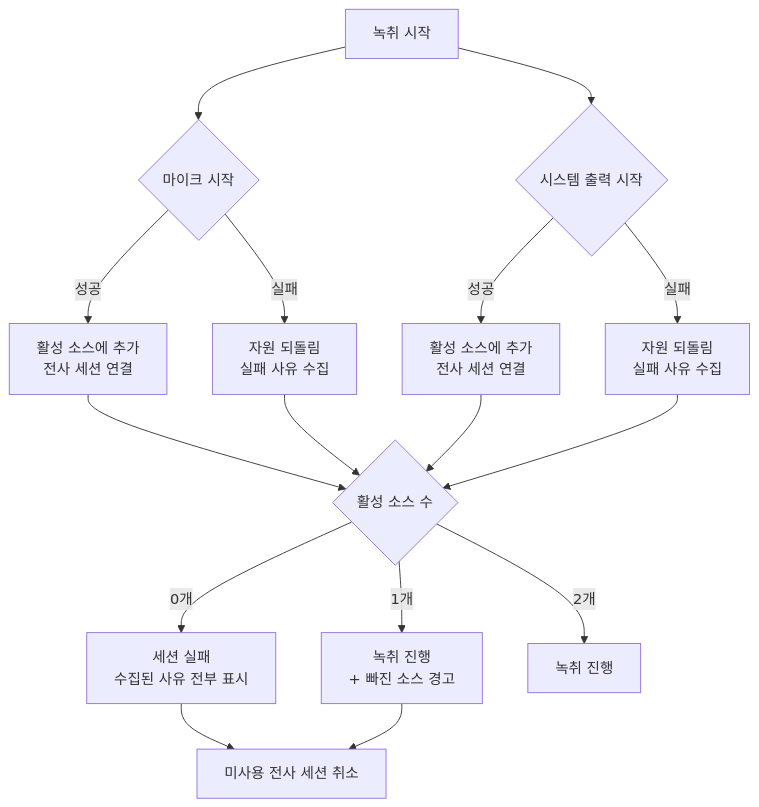
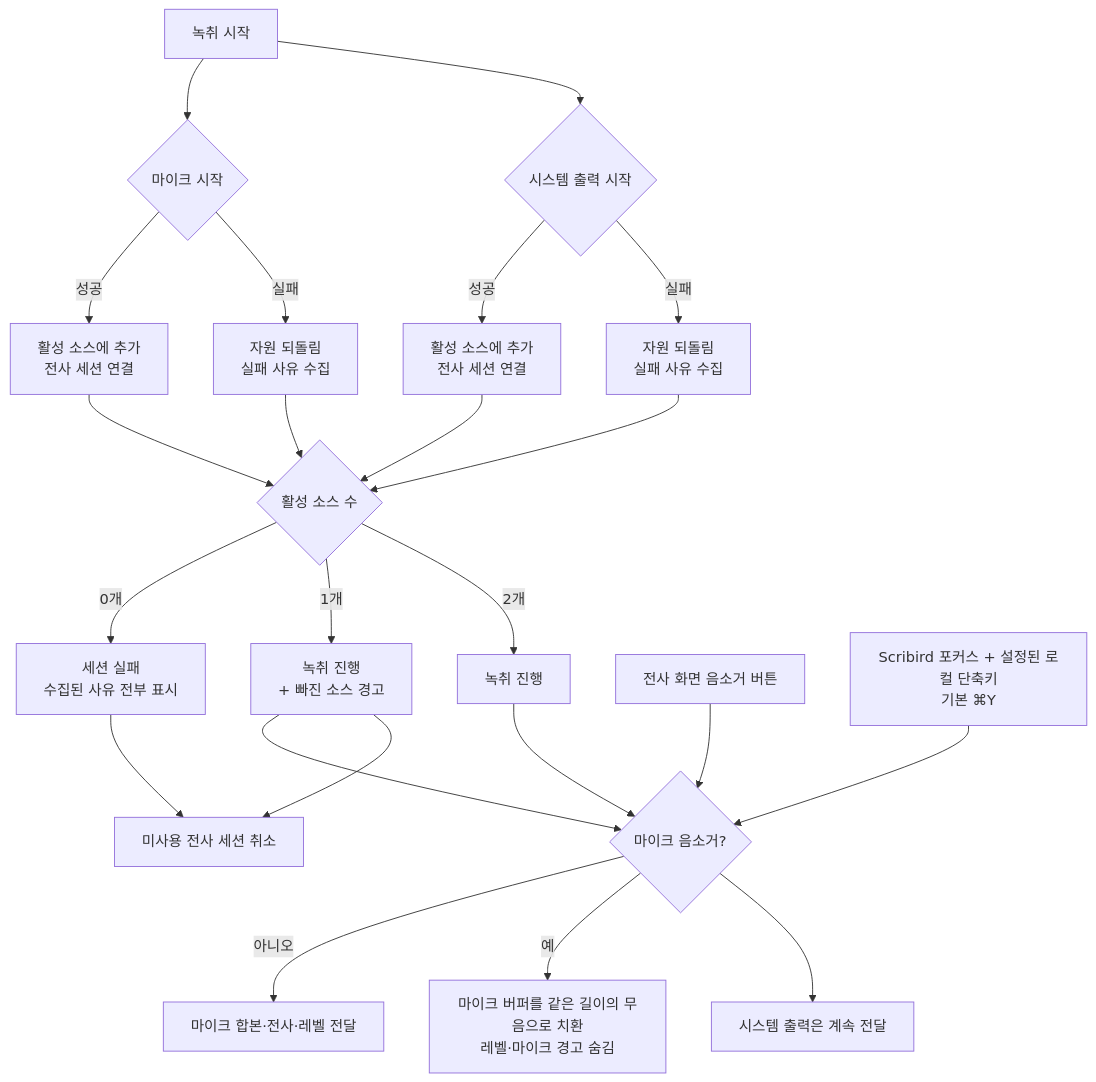
The diagram in docs/adr/capture/0003-per-source-failure-isolation.md (haandol/scribird), drawn with Mermaid before and after one commit. The commit also changed other lines of this file and 50 other files, not shown here.

````diff
--- a/docs/adr/capture/0003-per-source-failure-isolation.md
+++ b/docs/adr/capture/0003-per-source-failure-isolation.md
@@ -54,18 +97,25 @@
 ```mermaid
 flowchart TD
     S["녹취 시작"] --> Mic{"마이크 시작"}
     S --> Sys{"시스템 출력 시작"}
     Mic -- 성공 --> MA["활성 소스에 추가<br/>전사 세션 연결"]
     Mic -- 실패 --> MF["자원 되돌림<br/>실패 사유 수집"]
     Sys -- 성공 --> SA["활성 소스에 추가<br/>전사 세션 연결"]
     Sys -- 실패 --> SF["자원 되돌림<br/>실패 사유 수집"]
     MA --> C{"활성 소스 수"}
     MF --> C
     SA --> C
     SF --> C
     C -- 0개 --> Fail["세션 실패<br/>수집된 사유 전부 표시"]
     C -- 1개 --> Warn["녹취 진행<br/>+ 빠진 소스 경고"]
     C -- 2개 --> Rec["녹취 진행"]
+    Rec --> Mute{"마이크 음소거?"}
+    Warn --> Mute
+    Button["전사 화면 음소거 버튼"] --> Mute
+    Shortcut["Scribird 포커스 + 설정된 로컬 단축키<br/>기본 ⌘Y"] --> Mute
+    Mute -- 아니오 --> MicLive["마이크 합본·전사·레벨 전달"]
+    Mute -- 예 --> MicSilent["마이크 버퍼를 같은 길이의 무음으로 치환<br/>레벨·마이크 경고 숨김"]
+    Mute --> RemoteLive["시스템 출력은 계속 전달"]
     Fail --> Cleanup["미사용 전사 세션 취소"]
     Warn --> Cleanup
 ```
````
